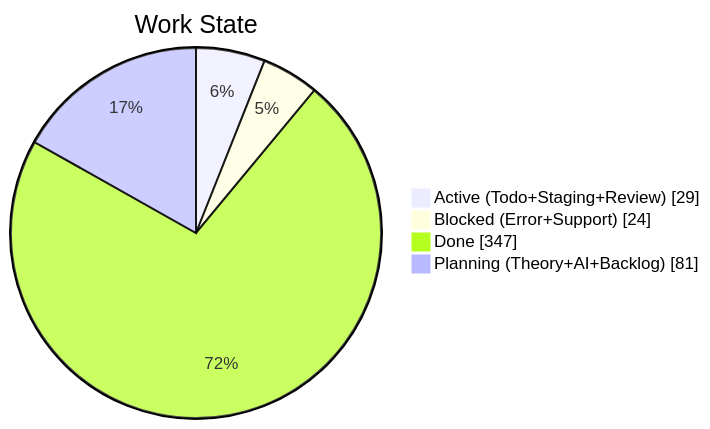
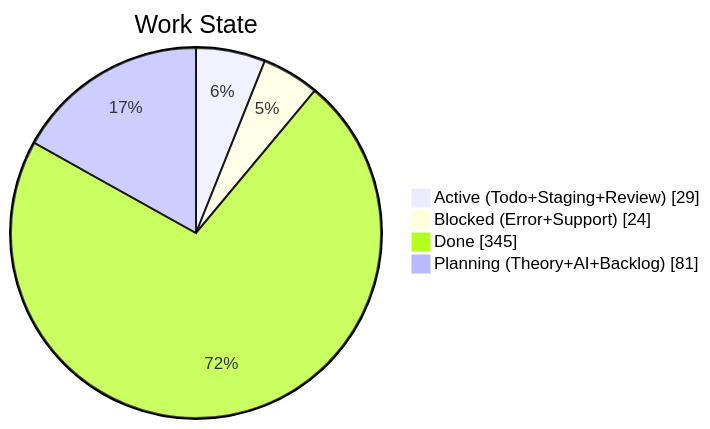
The second of 4 diagrams in apps/kbve/astro-kbve/src/content/docs/dashboard/kanban-data.mdx (KBVE/kbve), drawn with Mermaid before and after one commit. The commit also changed other lines of this file and 8 other files, not shown here.

````diff
--- a/apps/kbve/astro-kbve/src/content/docs/dashboard/kanban-data.mdx
+++ b/apps/kbve/astro-kbve/src/content/docs/dashboard/kanban-data.mdx
@@ -68,8 +68,8 @@
 ```mermaid
 pie showData
     title Work State
     "Active (Todo+Staging+Review)" : 29
     "Blocked (Error+Support)" : 24
-    "Done" : 347
+    "Done" : 345
     "Planning (Theory+AI+Backlog)" : 81
 ```
````
